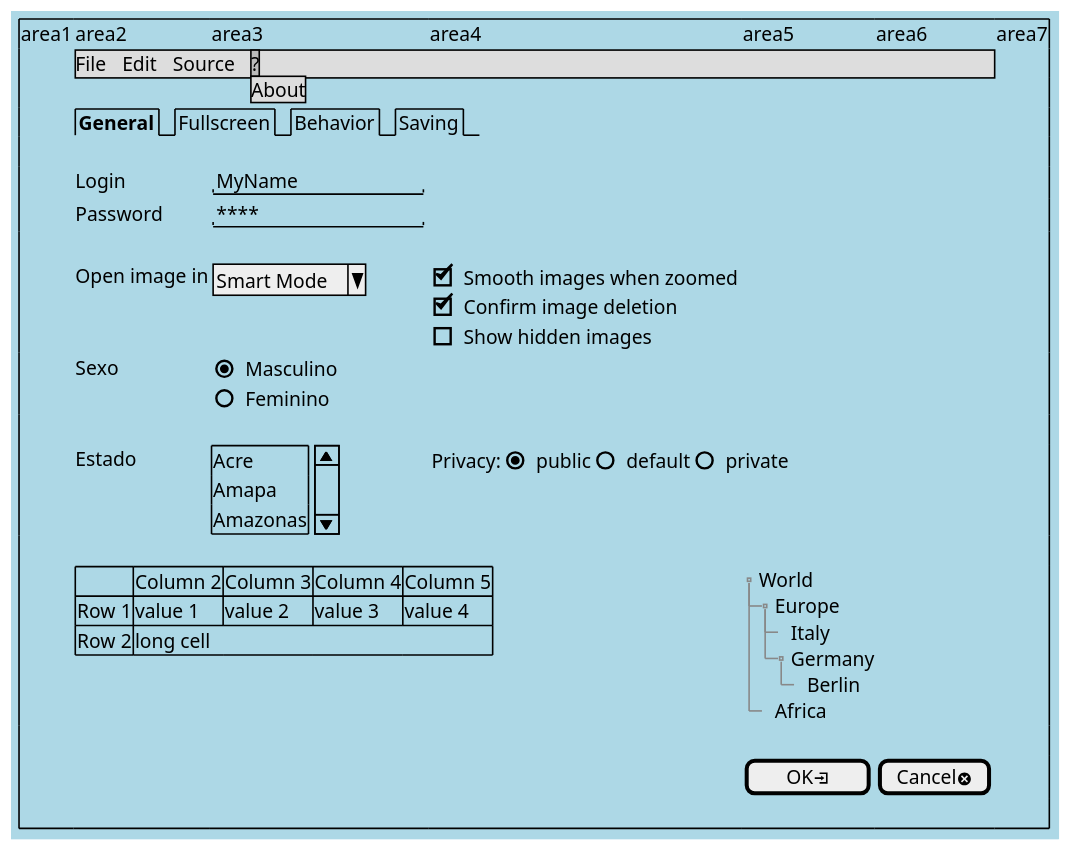
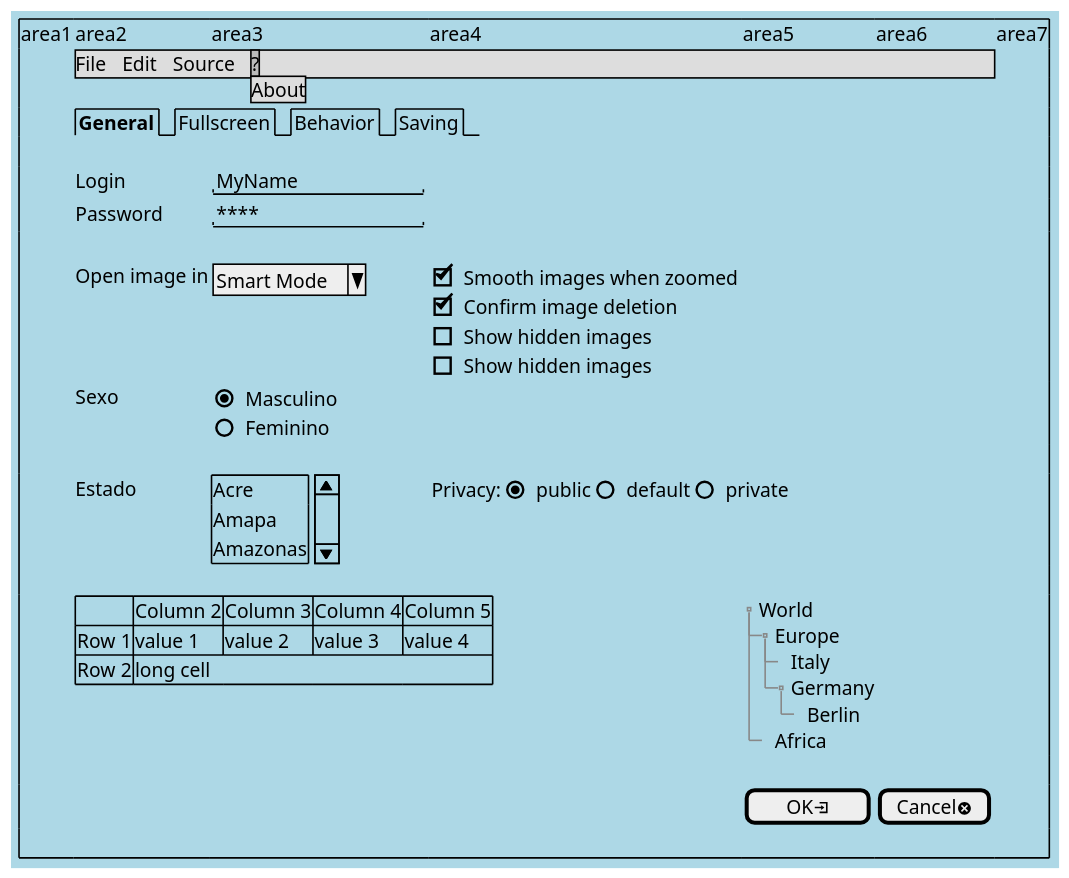
The diagram in PlantUML/mockup2.pu (GiovaniPM/DMNTests), drawn with PlantUML before and after one commit.

```diff
--- a/PlantUML/mockup2.pu
+++ b/PlantUML/mockup2.pu
@@ -1,45 +1,46 @@
 @startsalt
 skinparam BackgroundColor lightblue
 scale 1.5
 {+
     |area1|area2|area3|area4|area5|area6|area7
     |.|{* File | Edit | Source | ?
     '  File | New | Open File | - | Close | Close All | - | Exit
       ? | About}|*|*|*|*
     |.
     |.|{/ <b>General | Fullscreen | Behavior | Saving }|*|*|*|*
     |.
     |.|Login    |"MyName          "|.
     |.|Password |"****            "|.
     |.
     |.|Open image in|{| ^Smart Mode^ }{
                                         [X] Smooth images when zoomed
                                         [X] Confirm image deletion
+                                        [ ] Show hidden images
                                         [ ] Show hidden images
                                       }
     |.|Sexo|{(X) Masculino
              () Feminino}
     |.
     |.|Estado|{SI 
                 Acre
                 Amapa
                 Amazonas
               }|{Privacy: | (X) public | () default | () private} |*|*
     |.
     |.|{#
         .     | Column 2  | Column 3 | Column 4 | Column 5
         Row 1 | value 1   | value 2  | value 3  | value 4
         Row 2 | long cell | *        | *        | *
        }|*|*|{T
               + World
               ++ Europe
               +++ Italy
               +++ Germany
               ++++ Berlin
               ++ Africa
              }|*
     |.
     |.|.|.|.|[  OK<&account-login>   ]|[Cancel<&circle-x>]
     |.
 }
 @endsalt
```
